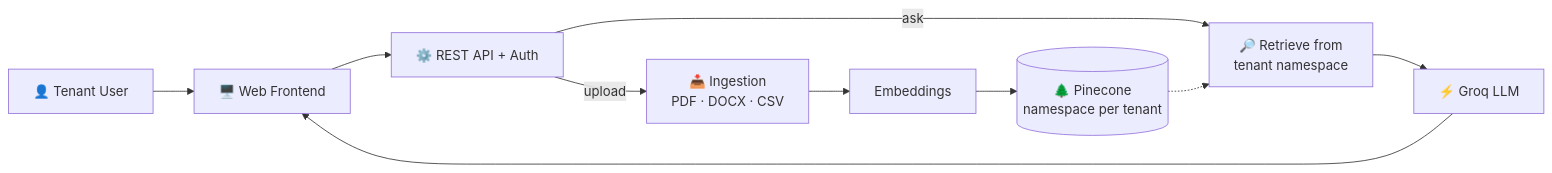
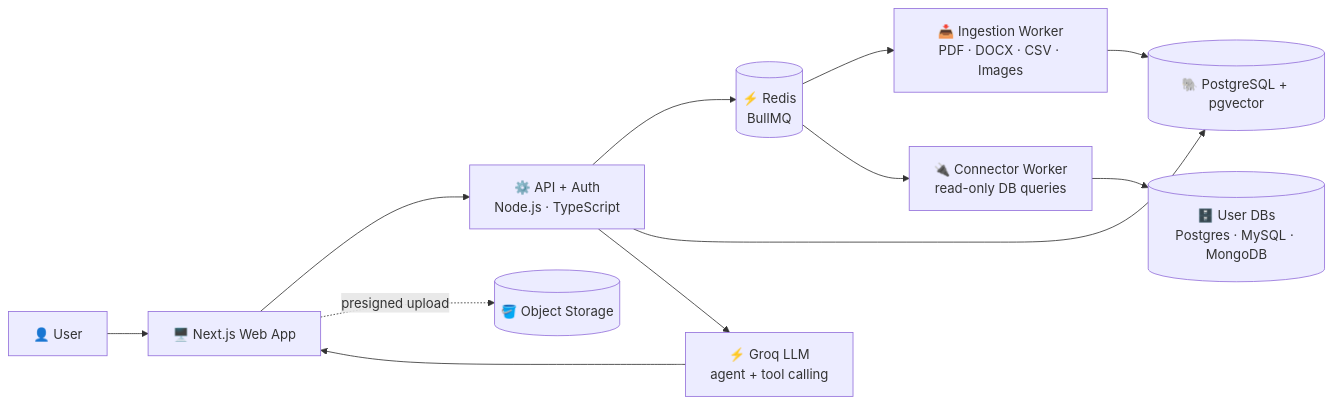
The second of 2 diagrams in README.md (GouravKumar06/enterprise-rag-assistant), drawn with Mermaid before and after one commit. The commit also changed other lines of this file and 1 other file, not shown here.

Commit message:
adding the code architecture for Project

````diff
--- a/README.md
+++ b/README.md
@@ -248,12 +250,14 @@
 ```mermaid
 flowchart LR
-    U["👤 Tenant User"] --> FE["🖥️ Web Frontend"]
-    FE --> API["⚙️ REST API + Auth"]
-    API -->|upload| ING["📥 Ingestion<br/>PDF · DOCX · CSV"]
-    ING --> EMB["Embeddings"]
-    EMB --> VDB[("🌲 Pinecone<br/>namespace per tenant")]
-    API -->|ask| RET["🔎 Retrieve from<br/>tenant namespace"]
-    VDB -.-> RET
-    RET --> LLM["⚡ Groq LLM"]
+    U["👤 User"] --> FE["🖥️ Next.js Web App"]
+    FE --> API["⚙️ API + Auth<br/>Node.js · TypeScript"]
+    FE -. "presigned upload" .-> S3[("🪣 Object Storage")]
+    API --> Q[("⚡ Redis<br/>BullMQ")]
+    Q --> ING["📥 Ingestion Worker<br/>PDF · DOCX · CSV · Images"]
+    Q --> CON["🔌 Connector Worker<br/>read-only DB queries"]
+    ING --> PG[("🐘 PostgreSQL + pgvector")]
+    API --> PG
+    CON --> UDB[("🗄️ User DBs<br/>Postgres · MySQL · MongoDB")]
+    API --> LLM["⚡ Groq LLM<br/>agent + tool calling"]
     LLM --> FE
 ```
````
